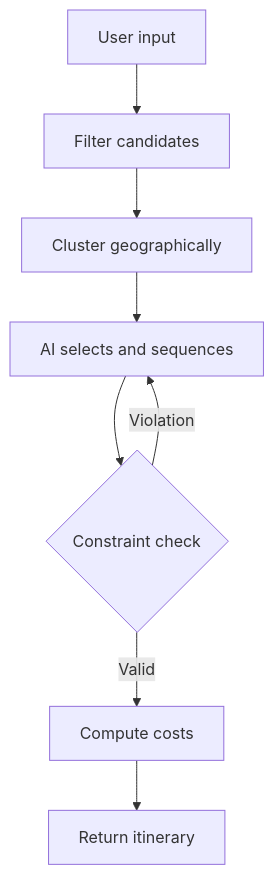
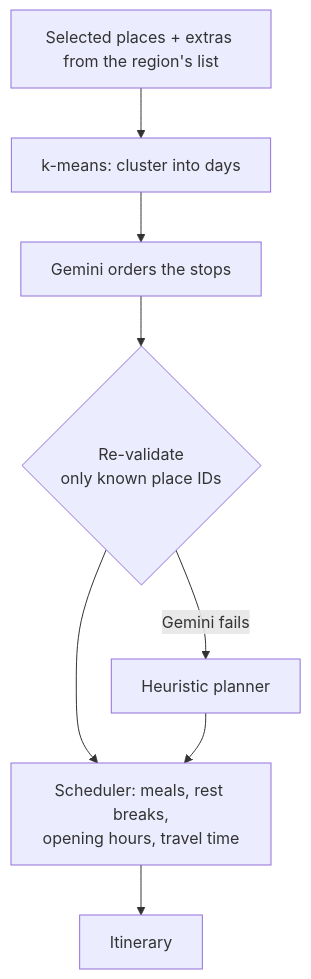
Before and after one commit to bluez44/Rong: the second of 3 diagrams in README.md, drawn with Mermaid. The commit also changed other lines of this file, not shown here.

First line of the commit message:
docs: update README to match the current architecture and features

````diff
--- a/README.md
+++ b/README.md
@@ -86,10 +77,10 @@
 ```mermaid
 flowchart TD
-  I["User input"] --> F["Filter candidates"]
-  F --> C["Cluster geographically"]
-  C --> L["AI selects and sequences"]
-  L --> V{"Constraint check"}
-  V -- "Violation" --> L
-  V -- "Valid" --> K["Compute costs"]
-  K --> O["Return itinerary"]
+  I["Selected places + extras from the region's list"] --> C["k-means: cluster into days"]
+  C --> A["Gemini orders the stops"]
+  A --> V{"Re-validate<br/>only known place IDs"}
+  V -- "Gemini fails" --> H["Heuristic planner"]
+  V --> S["Scheduler: meals, rest breaks,<br/>opening hours, travel time"]
+  H --> S
+  S --> O["Itinerary"]
 ```
````
